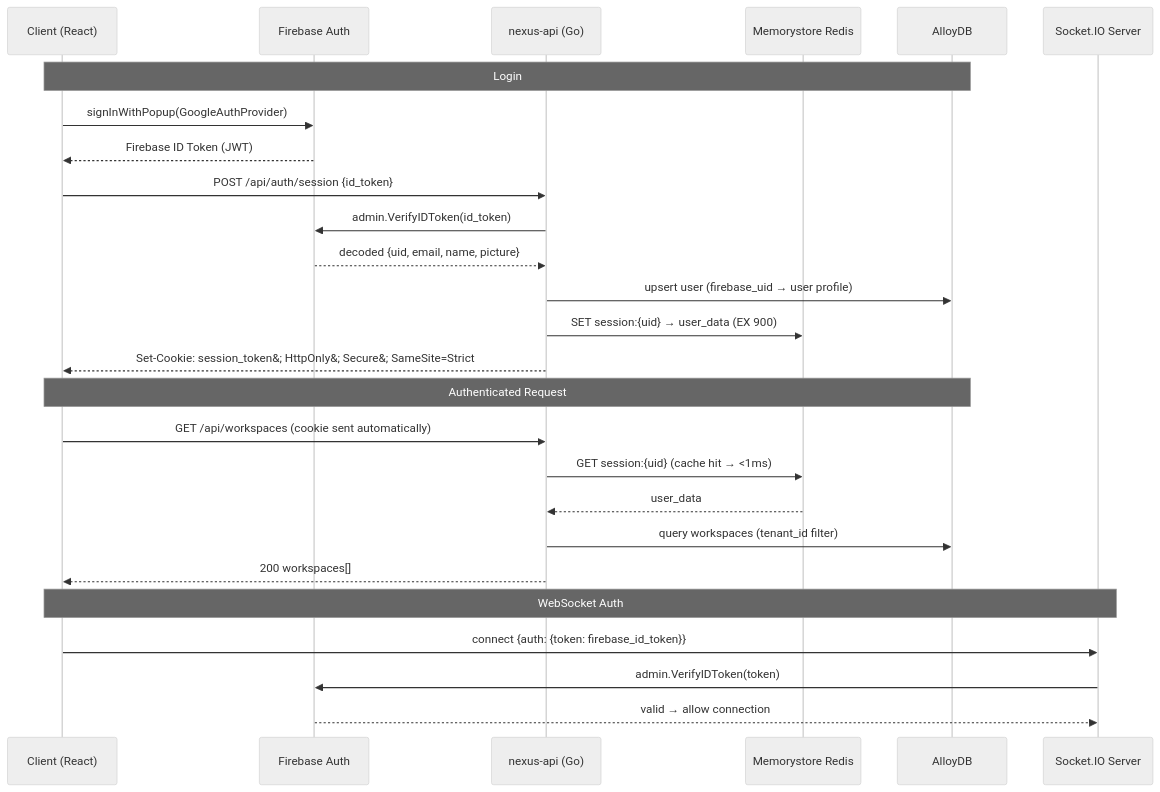
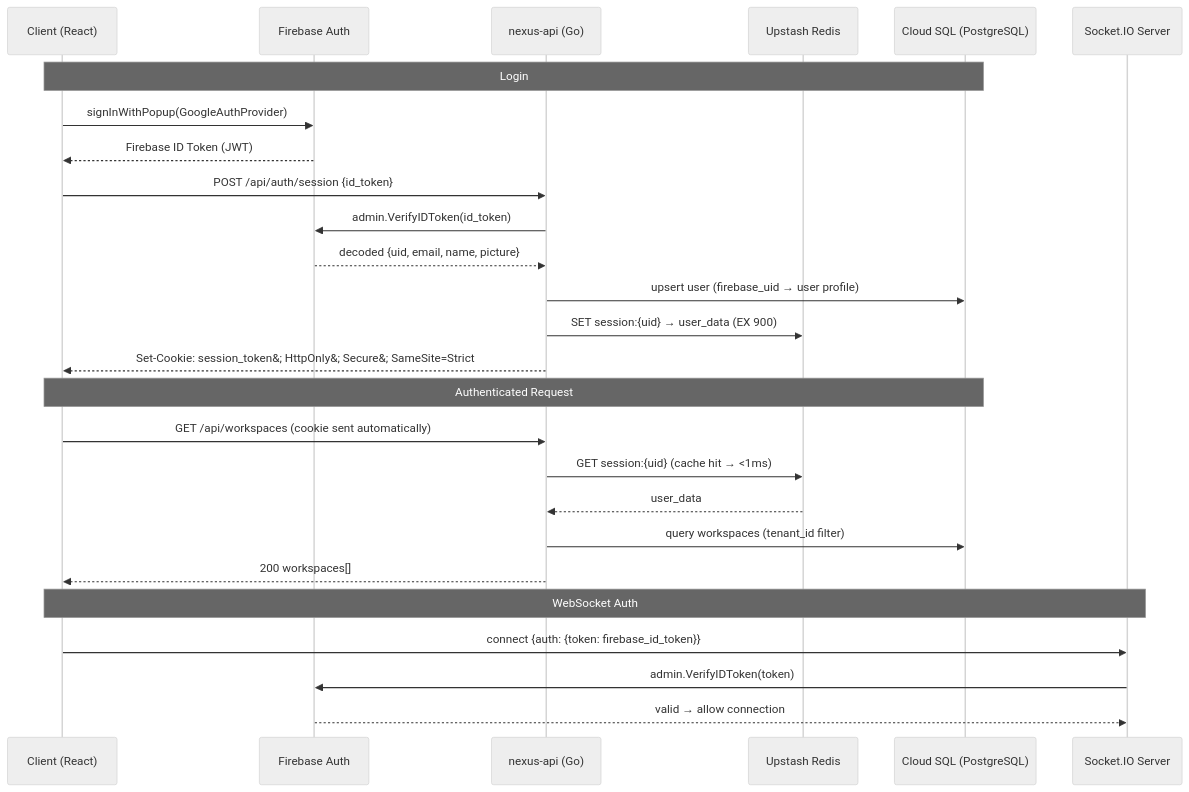
One commit to Nexus-chat-5039/Nexus-chat changed the eighth of 24 diagrams in ARCHITECTURE.md. Above: the diagram before and after it, drawn with Mermaid (neutral theme). The commit also changed other lines of this file and 38 other files, not shown here.

Commit message:
feat: implement minimal architecture with custom JWT auth

````diff
--- a/ARCHITECTURE.md
+++ b/ARCHITECTURE.md
@@ -651,28 +673,28 @@
 ```mermaid
     sequenceDiagram
     participant C as Client (React)
     participant FB as Firebase Auth
     participant API as nexus-api (Go)
-    participant RED as Memorystore Redis
-    participant M as AlloyDB
+    participant RED as Upstash Redis
+    participant M as Cloud SQL (PostgreSQL)
     participant SIO as Socket.IO Server
     Note over C,M: Login
     C->>FB: signInWithPopup(GoogleAuthProvider)
     FB-->>C: Firebase ID Token (JWT)
     C->>API: POST /api/auth/session {id_token}
     API->>FB: admin.VerifyIDToken(id_token)
     FB-->>API: decoded {uid, email, name, picture}
     API->>M: upsert user (firebase_uid → user profile)
     API->>RED: SET session:{uid} → user_data (EX 900)
     API-->>C: Set-Cookie: session_token&#59; HttpOnly&#59; Secure&#59; SameSite=Strict
     Note over C,M: Authenticated Request
     C->>API: GET /api/workspaces (cookie sent automatically)
     API->>RED: GET session:{uid} (cache hit → <1ms)
     RED-->>API: user_data
     API->>M: query workspaces (tenant_id filter)
     API-->>C: 200 workspaces[]
     Note over C,SIO: WebSocket Auth
     C->>SIO: connect {auth: {token: firebase_id_token}}
     SIO->>FB: admin.VerifyIDToken(token)
     FB-->>SIO: valid → allow connection
 ```
````
